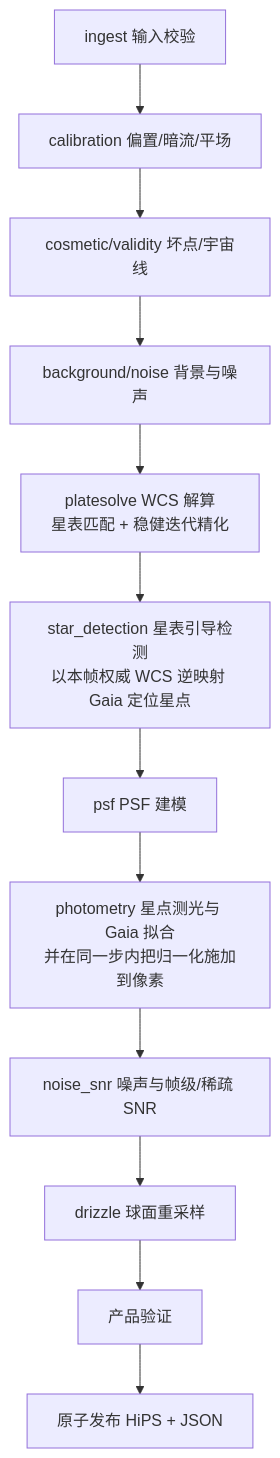
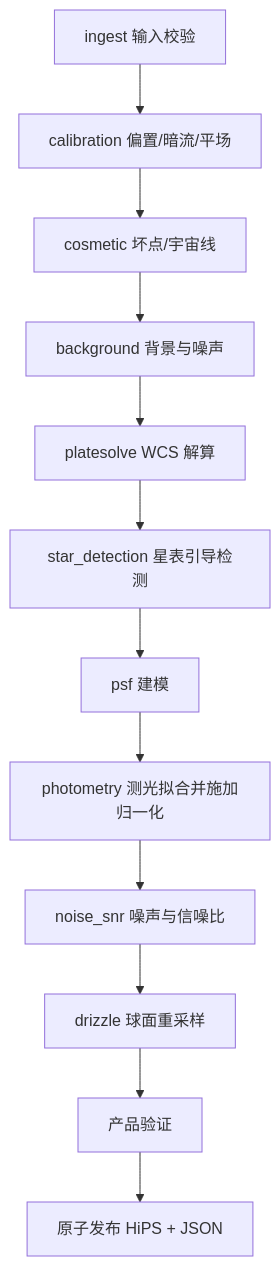
Before and after one commit to fujiaze/Astro-CS-Database: the fourth of 10 diagrams in docs/ASTROCS_DESIGN.md, drawn with Mermaid. The commit also changed other lines of this file and 1 other file, not shown here.

````diff
--- a/docs/ASTROCS_DESIGN.md
+++ b/docs/ASTROCS_DESIGN.md
@@ -300,14 +178,14 @@
 ```mermaid
 flowchart TD
     I["ingest 输入校验"] --> C["calibration 偏置/暗流/平场"]
-    C --> CS["cosmetic/validity 坏点/宇宙线"]
-    CS --> BN["background/noise 背景与噪声"]
-    BN --> A["platesolve WCS 解算<br/>星表匹配 + 稳健迭代精化"]
-    A --> D["star_detection 星表引导检测<br/>以本帧权威 WCS 逆映射 Gaia 定位星点"]
-    D --> P["psf PSF 建模"]
-    P --> PH["photometry 星点测光与 Gaia 拟合<br/>并在同一步内把归一化施加到像素"]
-    PH --> S["noise_snr 噪声与帧级/稀疏 SNR"]
+    C --> CS["cosmetic 坏点/宇宙线"]
+    CS --> BN["background 背景与噪声"]
+    BN --> A["platesolve WCS 解算"]
+    A --> D["star_detection 星表引导检测"]
+    D --> P["psf 建模"]
+    P --> PH["photometry 测光拟合并施加归一化"]
+    PH --> S["noise_snr 噪声与信噪比"]
     S --> R["drizzle 球面重采样"]
     R --> V["产品验证"]
     V --> O["原子发布 HiPS + JSON"]
 ```
````
